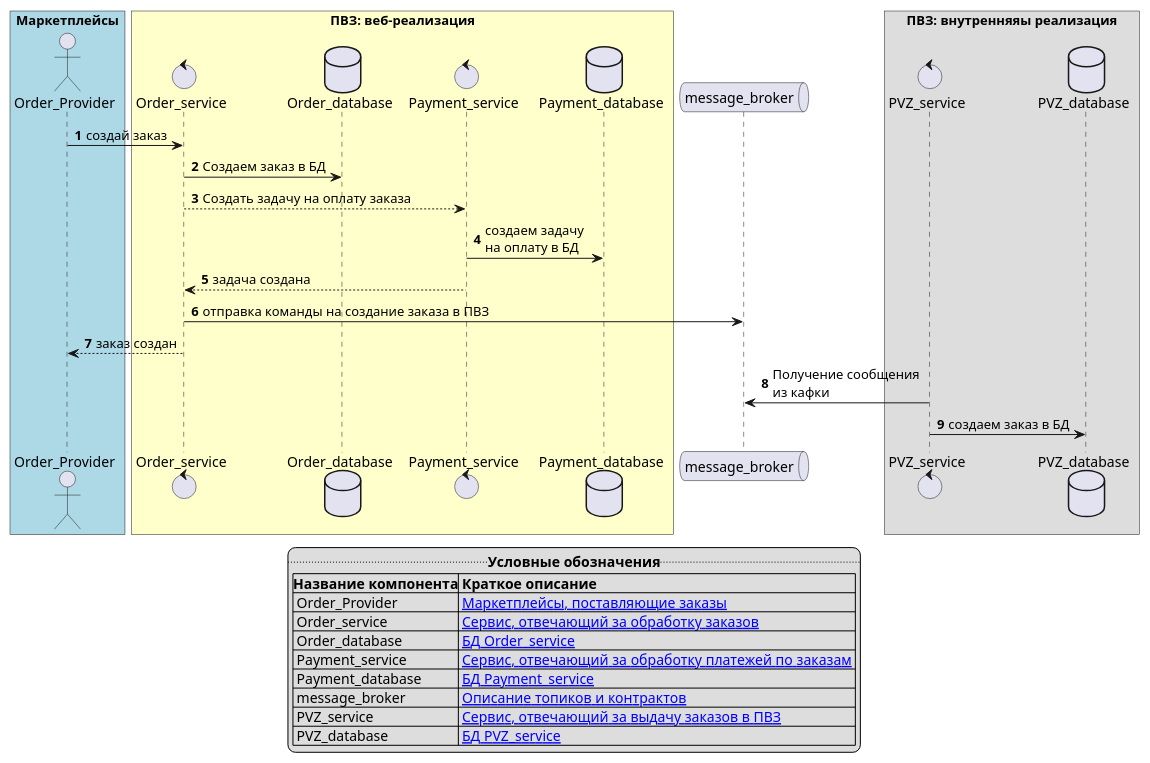
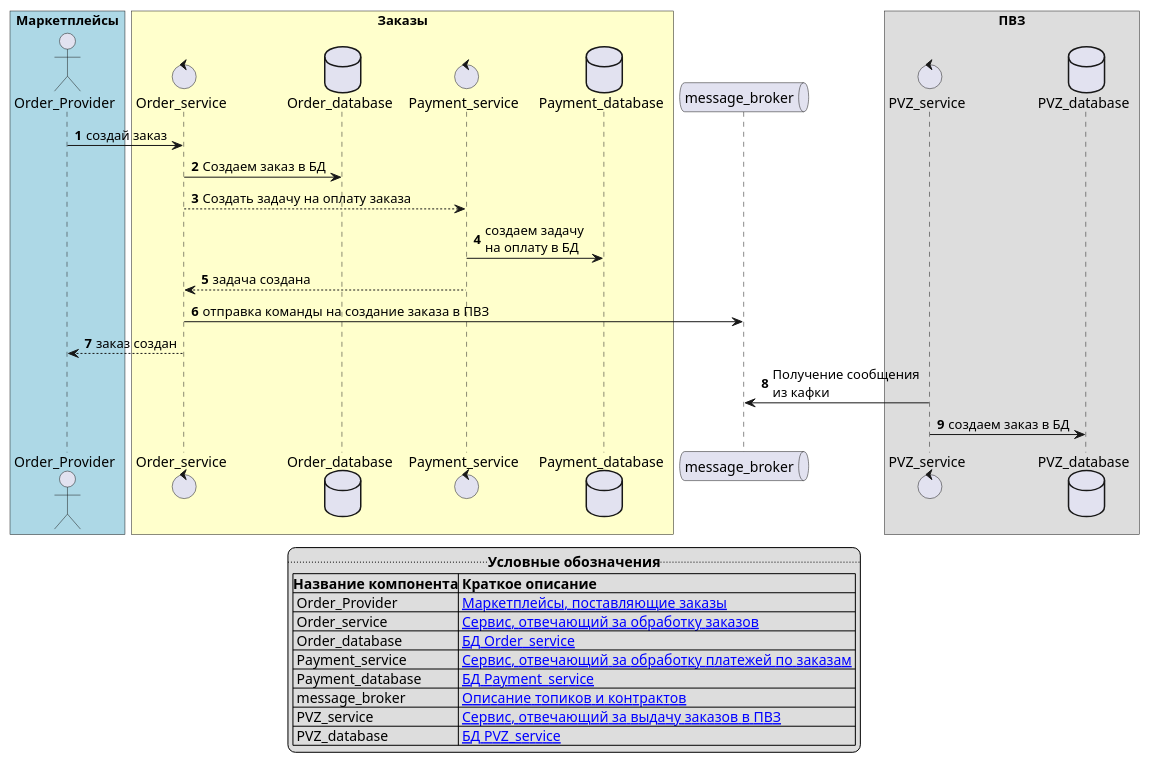
One commit to Cladkuu/Analyst-days changed the diagram in 1. История жизни/6_add_legend.puml. Above: the diagram before and after it, drawn with PlantUML.

```diff
--- a/1. История жизни/6_add_legend.puml
+++ b/1. История жизни/6_add_legend.puml
@@ -1,55 +1,55 @@
 @startuml
 
 autonumber
 
 box "Маркетплейсы" #LightBlue
 actor Order_Provider order 10
 end box
 
-box "ПВЗ: веб-реализация"  #Business
+box "Заказы"  #Business
 control Order_service order 20
 database Order_database order 30
 control Payment_service order 40
 database Payment_database order 50
 end box
 
 queue message_broker order 60
 
-box "ПВЗ: внутренняяы реализация"
+box "ПВЗ"
 control PVZ_service order 70
 database PVZ_database order 80
 end box
 
 
 Order_Provider->Order_service: создай заказ
 Order_service->Order_database: Создаем заказ в БД
 
 Order_service-->Payment_service: Создать задачу на оплату заказа
 Payment_service->Payment_database: создаем задачу \nна оплату в БД
 Payment_service-->Order_service: задача создана
 
 Order_service->message_broker: отправка команды на создание заказа в ПВЗ
 
 Order_service-->Order_Provider: заказ создан
 
 
 PVZ_service->message_broker: Получение сообщения \nиз кафки
 PVZ_service->PVZ_database: создаем заказ в БД
 
 
 legend
  ..**Условные обозначения**..
 |**Название компонента**| **Краткое описание**|
 | Order_Provider | [[http://example.com Маркетплейсы, поставляющие заказы]] |
 | Order_service | [[http://example.com Сервис, отвечающий за обработку заказов]] |
 | Order_database | [[http://example.com БД Order_service]]|
 | Payment_service | [[http://example.com Сервис, отвечающий за обработку платежей по заказам]] |
 | Payment_database | [[http://example.com БД Payment_service]] |
 | message_broker | [[http://example.com Описание топиков и контрактов]] |
 | PVZ_service | [[http://example.com Сервис, отвечающий за выдачу заказов в ПВЗ]] |
 | PVZ_database | [[http://example.com БД PVZ_service]] |
 end legend
 
 
 
 @enduml
```
